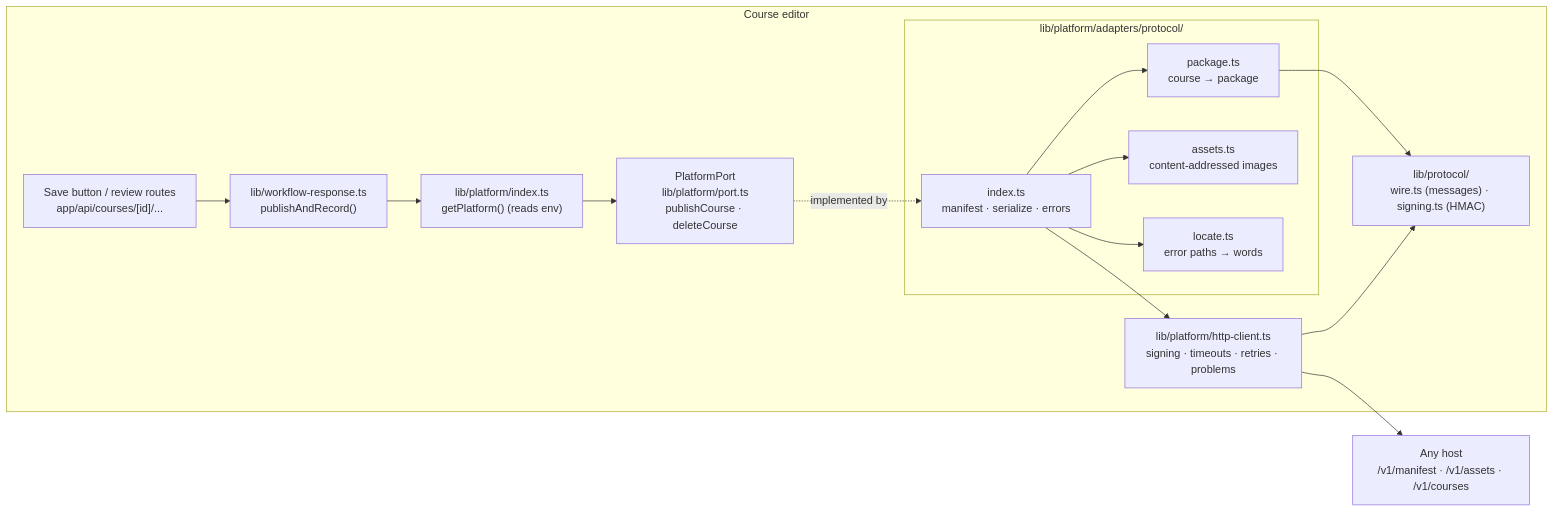
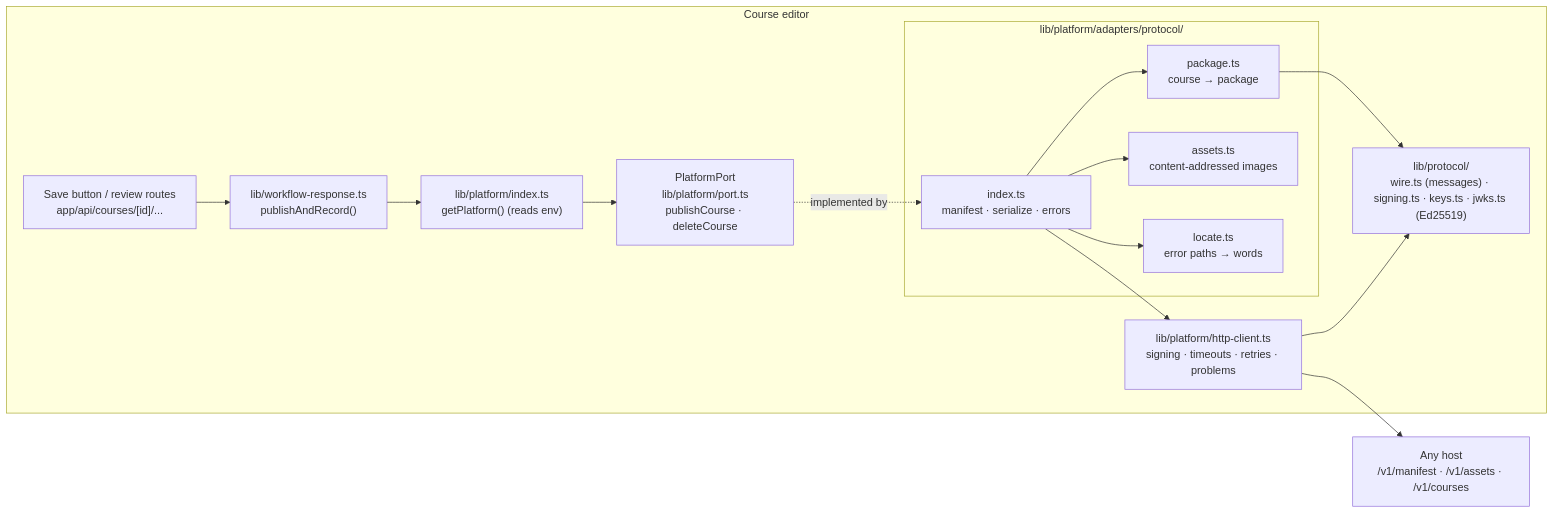
The diagram in docs/platform-integration.md (HafsaJavedPak/inarax-course-editor), drawn with Mermaid before and after one commit. The commit also changed other lines of this file and 124 other files, not shown here.

````diff
--- a/docs/platform-integration.md
+++ b/docs/platform-integration.md
@@ -23,24 +23,24 @@
 ```mermaid
 flowchart LR
     subgraph Editor["Course editor"]
         R["Save button / review routes<br/>app/api/courses/[id]/..."]
         W["lib/workflow-response.ts<br/>publishAndRecord()"]
         F["lib/platform/index.ts<br/>getPlatform() (reads env)"]
         P["PlatformPort<br/>lib/platform/port.ts<br/>publishCourse · deleteCourse"]
         subgraph Adapter["lib/platform/adapters/protocol/"]
             I["index.ts<br/>manifest · serialize · errors"]
             PK["package.ts<br/>course → package"]
             AS["assets.ts<br/>content-addressed images"]
             LO["locate.ts<br/>error paths → words"]
         end
-        PR["lib/protocol/<br/>wire.ts (messages) · signing.ts (HMAC)"]
+        PR["lib/protocol/<br/>wire.ts (messages) · signing.ts · keys.ts · jwks.ts (Ed25519)"]
         H["lib/platform/http-client.ts<br/>signing · timeouts · retries · problems"]
     end
     HOST["Any host<br/>/v1/manifest · /v1/assets · /v1/courses"]
 
     R --> W --> F --> P
     P -. implemented by .-> I
     I --> PK & AS & LO
     I --> H --> HOST
     PK & H --> PR
 ```
````
